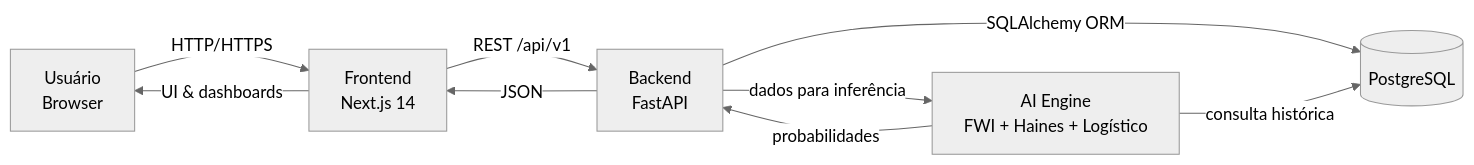
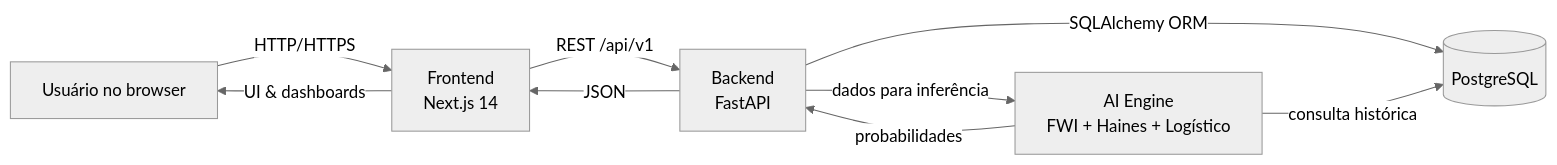
One commit to GabrielCordeiroBarrosoTeles/EcoBrasil changed the diagram in README.md. Above: the diagram before and after it, drawn with Mermaid (neutral theme). The commit also changed other lines of this file, not shown here.

Commit message:
Update README to improve clarity in model descriptions and formatting of mathematical equations. Change user description in system architecture diagram for better understanding.

````diff
--- a/README.md
+++ b/README.md
@@ -109,11 +109,11 @@
 ```mermaid
 flowchart LR
-    U[Usuário<br/>Browser] -->|HTTP/HTTPS| F[Frontend<br/>Next.js 14]
+    U[Usuário no browser] -->|HTTP/HTTPS| F[Frontend<br/>Next.js 14]
     F -->|REST /api/v1| B[Backend<br/>FastAPI]
     B -->|SQLAlchemy ORM| DB[(PostgreSQL)]
     B -->|dados para inferência| AI[AI Engine<br/>FWI + Haines + Logístico]
     AI -->|consulta histórica| DB
     AI -->|probabilidades| B
     B -->|JSON| F
     F -->|UI & dashboards| U
 ```
````
